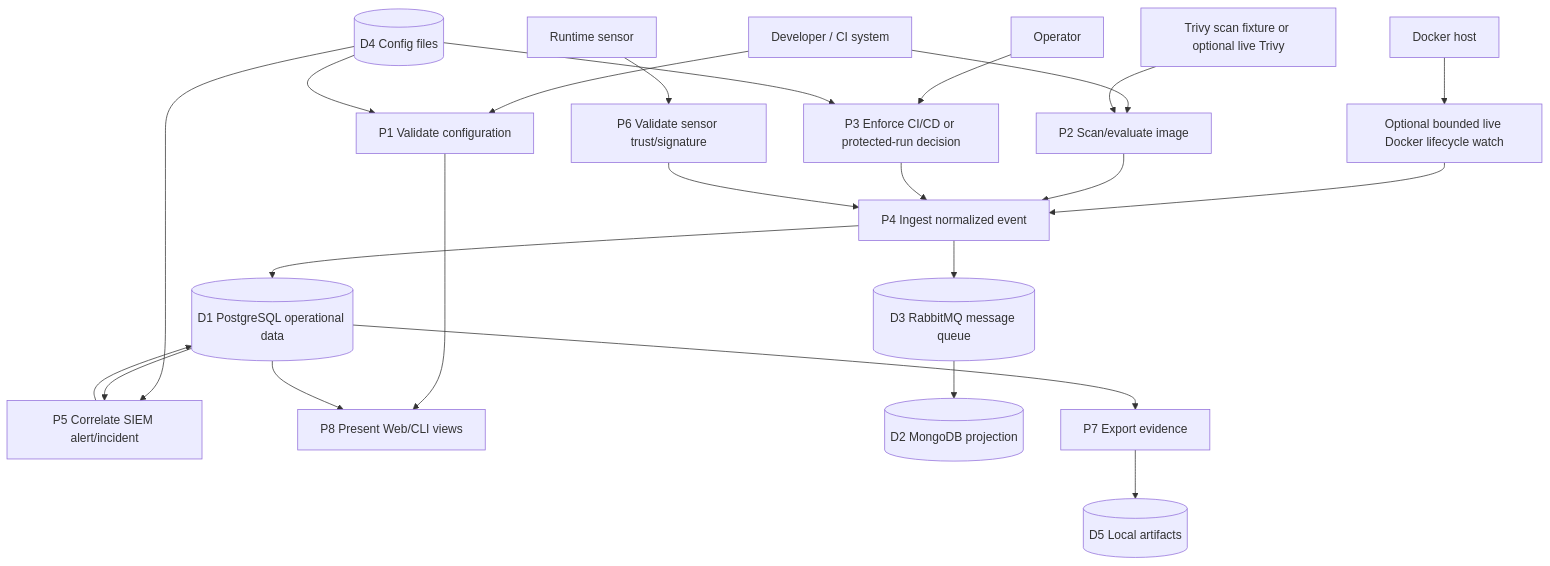
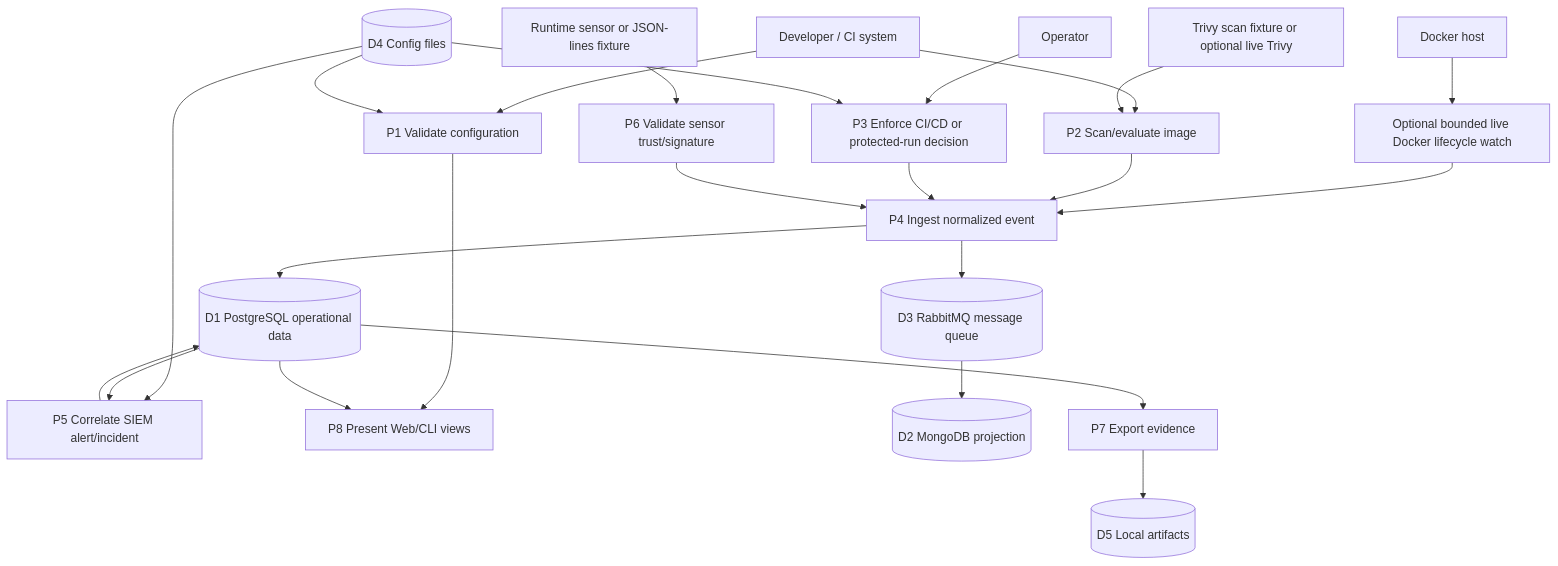
The second of 4 diagrams in docs/DATA_FLOW_MODEL.md (Vieyd/ConShield), drawn with Mermaid before and after one commit. The commit also changed other lines of this file and 18 other files, not shown here.

Commit message:
Add runtime sensor stream collector

````diff
--- a/docs/DATA_FLOW_MODEL.md
+++ b/docs/DATA_FLOW_MODEL.md
@@ -66,27 +66,27 @@
 ```mermaid
 flowchart TB
     CI["Developer / CI system"] --> P1["P1 Validate configuration"]
     CI --> P2["P2 Scan/evaluate image"]
     Operator --> P3["P3 Enforce CI/CD or protected-run decision"]
     Docker["Docker host"] --> Watch["Optional bounded live Docker lifecycle watch"]
     Watch --> P4["P4 Ingest normalized event"]
-    Sensor["Runtime sensor"] --> P6["P6 Validate sensor trust/signature"]
+    Sensor["Runtime sensor or JSON-lines fixture"] --> P6["P6 Validate sensor trust/signature"]
     Trivy["Trivy scan fixture or optional live Trivy"] --> P2
 
     D4[("D4 Config files")] --> P1
     D4 --> P3
     D4 --> P5["P5 Correlate SIEM alert/incident"]
 
     P1 --> P8["P8 Present Web/CLI views"]
     P2 --> P4
     P3 --> P4
     P6 --> P4
     P4 --> D1[("D1 PostgreSQL operational data")]
     P4 --> D3[("D3 RabbitMQ message queue")]
     D3 --> D2[("D2 MongoDB projection")]
     D1 --> P5
     P5 --> D1
     D1 --> P7["P7 Export evidence"]
     P7 --> D5[("D5 Local artifacts")]
     D1 --> P8
 ```
````
